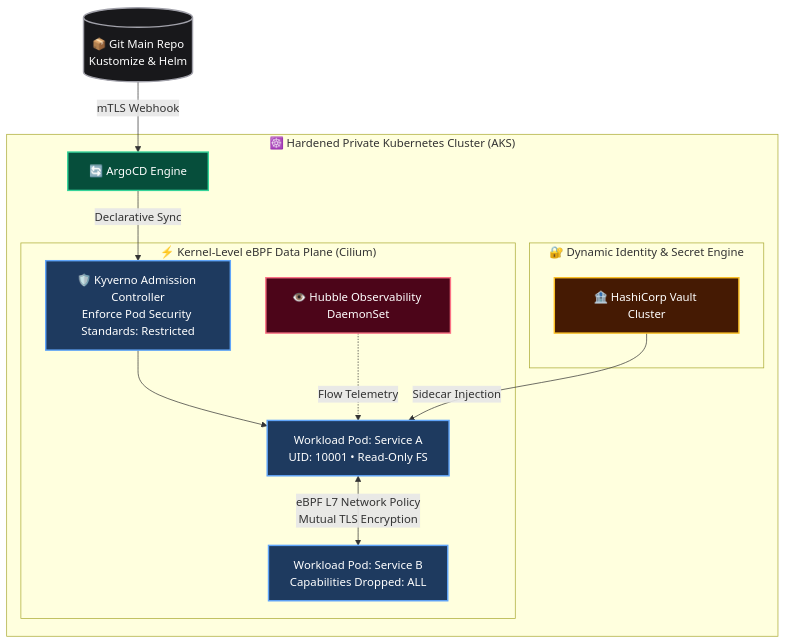
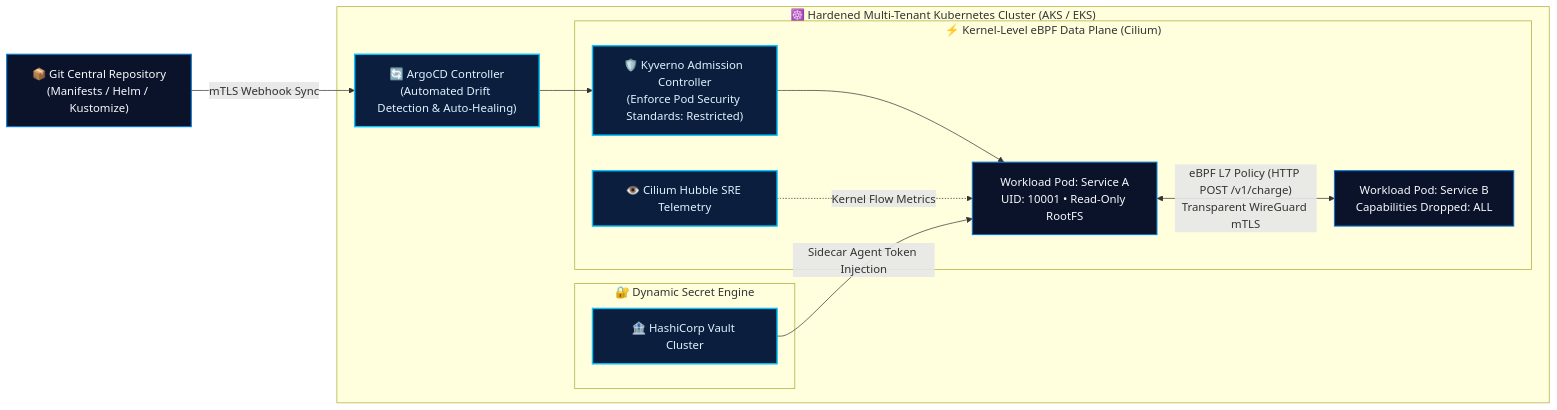
One commit to Dev-opsRahul/Dev-opsRahul changed the fourth of 9 diagrams in README.md. Above: the diagram before and after it, drawn with Mermaid. The commit also changed other lines of this file, not shown here.

````diff
--- a/README.md
+++ b/README.md
@@ -148,24 +209,22 @@
 ```mermaid
-flowchart TB
-    classDef git fill:#18181b,stroke:#a1a1aa,stroke-width:2px,color:#ffffff;
-    classDef gitops fill:#064e3b,stroke:#34d399,stroke-width:2px,color:#ffffff;
-    classDef k8s fill:#1e3a5f,stroke:#60a5fa,stroke-width:2px,color:#ffffff;
-    classDef kernel fill:#4c0519,stroke:#fb7185,stroke-width:2px,color:#ffffff;
-    classDef secret fill:#451a03,stroke:#fbbf24,stroke-width:2px,color:#ffffff;
+flowchart LR
+    Git["📦 Git Central Repository\n(Manifests / Helm / Kustomize)"] -->|"mTLS Webhook Sync"| Argo["🔄 ArgoCD Controller\n(Automated Drift Detection & Auto-Healing)"]
 
-    Git[(📦 Git Main Repo<br/>Kustomize & Helm)]:::git -->|mTLS Webhook| Argo[🔄 ArgoCD Engine]:::gitops
+    subgraph Cluster ["☸️ Hardened Multi-Tenant Kubernetes Cluster (AKS / EKS)"]
+        Argo --> Admission["🛡️ Kyverno Admission Controller\n(Enforce Pod Security Standards: Restricted)"]
 
-    subgraph Cluster ["☸️ Hardened Private Kubernetes Cluster (AKS)"]
-        Argo -->|Declarative Sync| Admission[🛡️ Kyverno Admission Controller<br/>Enforce Pod Security Standards: Restricted]:::k8s
-        
         subgraph DataPlane ["⚡ Kernel-Level eBPF Data Plane (Cilium)"]
-            Admission --> Pod1[Workload Pod: Service A<br/>UID: 10001 • Read-Only FS]:::k8s
-            Pod1 <-->|eBPF L7 Network Policy<br/>Mutual TLS Encryption| Pod2[Workload Pod: Service B<br/>Capabilities Dropped: ALL]:::k8s
-            CiliumMon[👁️ Hubble Observability DaemonSet]:::kernel -.->|Flow Telemetry| Pod1
+            Admission --> PodA["Workload Pod: Service A\nUID: 10001 • Read-Only RootFS"]
+            PodA <-->|"eBPF L7 Policy (HTTP POST /v1/charge)\nTransparent WireGuard mTLS"| PodB["Workload Pod: Service B\nCapabilities Dropped: ALL"]
+            Hubble["👁️ Cilium Hubble SRE Telemetry"] -.->|"Kernel Flow Metrics"| PodA
         end
 
-        subgraph Secrets ["🔐 Dynamic Identity & Secret Engine"]
-            Vault[🏦 HashiCorp Vault Cluster]:::secret -->|Sidecar Injection| Pod1
+        subgraph Secrets ["🔐 Dynamic Secret Engine"]
+            Vault["🏦 HashiCorp Vault Cluster"] -->|"Sidecar Agent Token Injection"| PodA
         end
     end
+
+    classDef default fill:#0B132B,stroke:#0078D4,stroke-width:1.5px,color:#F8FAFC;
+    classDef highlight fill:#0C1E3D,stroke:#00C7FF,stroke-width:2px,color:#E0F2FE;
+    class Argo,Admission,Hubble,Vault highlight;
 ```
````
